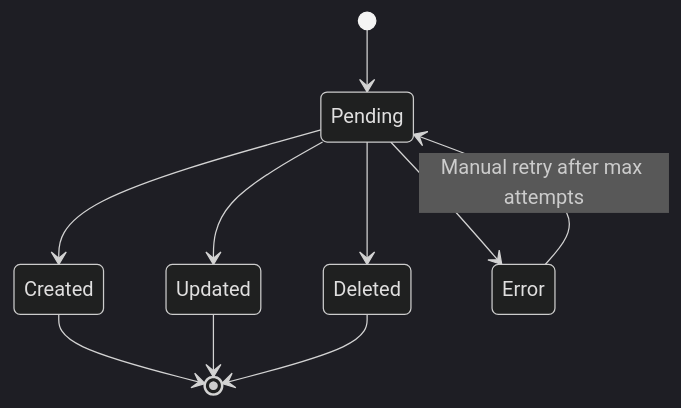
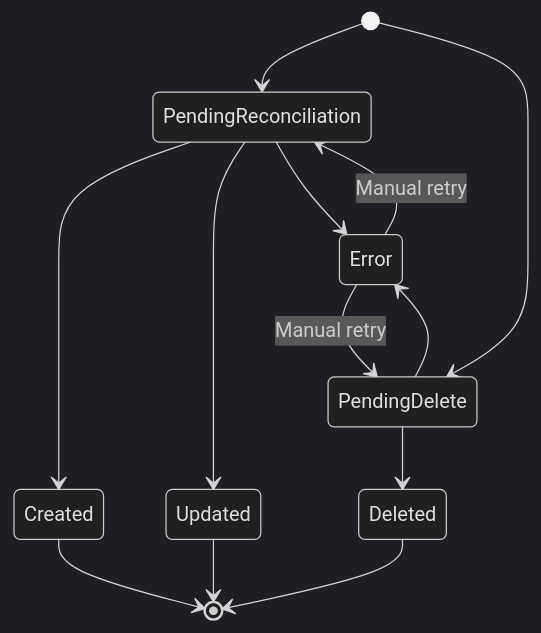
The second of 2 diagrams in 003-franz/003.3-topic-claim.md (KafkaMetamorphosis/docs), drawn with Mermaid (dark theme) before and after one commit. The commit also changed other lines of this file, not shown here.

First line of the commit message:
Revise TopicRevision state machine to PendingReconciliation/PendingDelete model

````diff
--- a/003-franz/003.3-topic-claim.md
+++ b/003-franz/003.3-topic-claim.md
@@ -54,15 +53,18 @@
 ```mermaid
 stateDiagram-v2
-    [*]       --> Pending
+    [*]                    --> PendingReconciliation
+    [*]                    --> PendingDelete
 
-    Pending   --> Created
-    Pending   --> Updated
-    Pending   --> Deleted
-    Pending   --> Error
+    PendingReconciliation  --> Created
+    PendingReconciliation  --> Updated
+    PendingDelete          --> Deleted
+    PendingReconciliation  --> Error
+    PendingDelete          --> Error
 
-    Error     --> Pending : Manual retry after max attempts
+    Error                  --> PendingReconciliation : Manual retry
+    Error                  --> PendingDelete         : Manual retry
 
-    Created   --> [*]
-    Updated   --> [*]
-    Deleted   --> [*]
+    Created                --> [*]
+    Updated                --> [*]
+    Deleted                --> [*]
 ```
````
